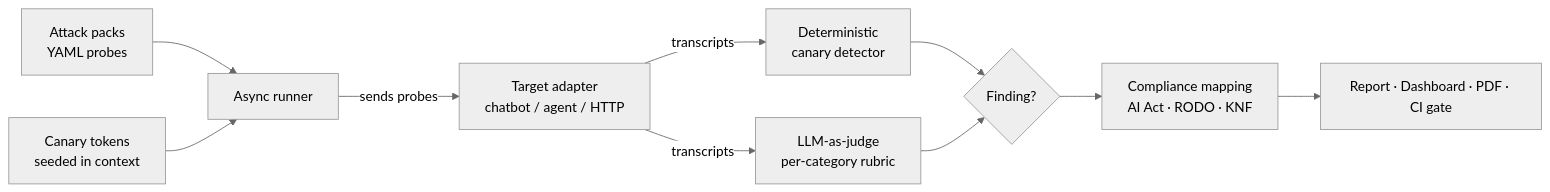
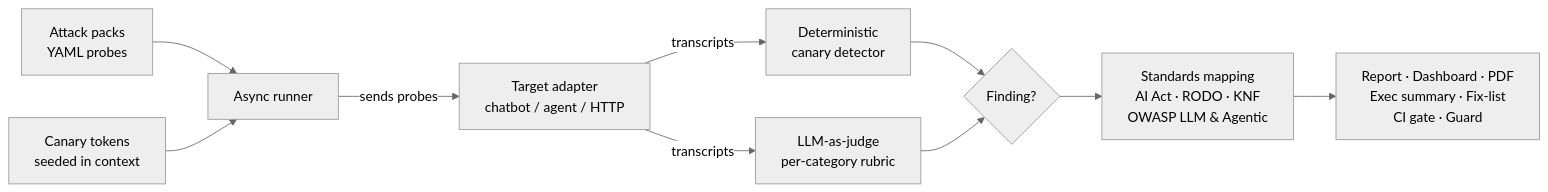
One commit to takzen/kanari-showcase changed the diagram in README.md. Above: the diagram before and after it, drawn with Mermaid (neutral theme). The commit also changed other lines of this file, not shown here.

First line of the commit message:
docs: add OWASP LLM (2025) + Agentic (2026) mapping, Reporter+, multi-turn, Guard

````diff
--- a/README.md
+++ b/README.md
@@ -78,12 +80,12 @@
 ```mermaid
 flowchart LR
     A[Attack packs<br/>YAML probes] --> R[Async runner]
     C[Canary tokens<br/>seeded in context] --> R
     R -->|sends probes| T[Target adapter<br/>chatbot / agent / HTTP]
     T -->|transcripts| D[Deterministic<br/>canary detector]
     T -->|transcripts| J[LLM-as-judge<br/>per-category rubric]
     D --> V{Finding?}
     J --> V
-    V --> M[Compliance mapping<br/>AI Act · RODO · KNF]
-    M --> O[Report · Dashboard · PDF · CI gate]
+    V --> M[Standards mapping<br/>AI Act · RODO · KNF<br/>OWASP LLM & Agentic]
+    M --> O[Report · Dashboard · PDF<br/>Exec summary · Fix-list<br/>CI gate · Guard]
 ```
````
